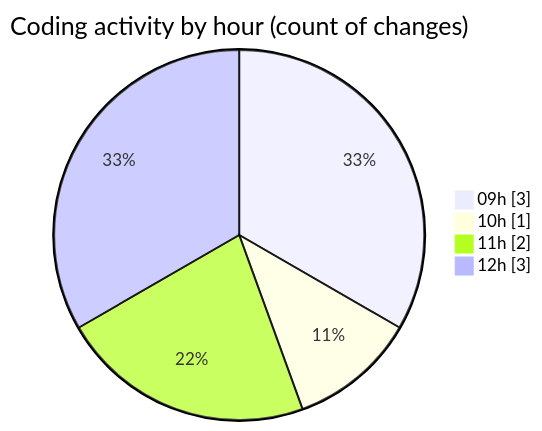
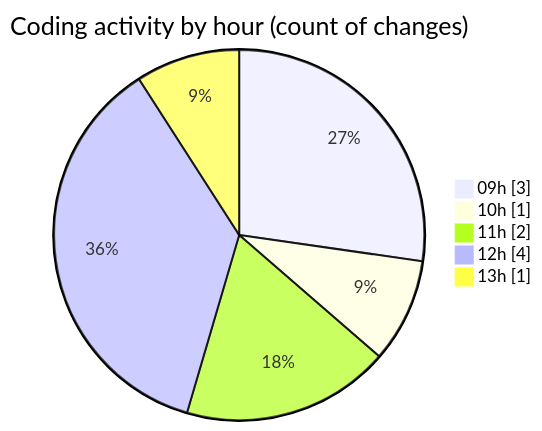
Before and after one commit to LanceThiago/code-tracking: the second of 2 diagrams in 2025-06-05/web/README.md, drawn with Mermaid. The commit also changed other lines of this file and 1 other file, not shown here.

````diff
--- a/2025-06-05/web/README.md
+++ b/2025-06-05/web/README.md
@@ -28,8 +28,9 @@
 ```mermaid
 pie showData
 title Coding activity by hour (count of changes)
 "09h" : 3
 "10h" : 1
 "11h" : 2
-"12h" : 3
+"12h" : 4
+"13h" : 1
 ```
````
